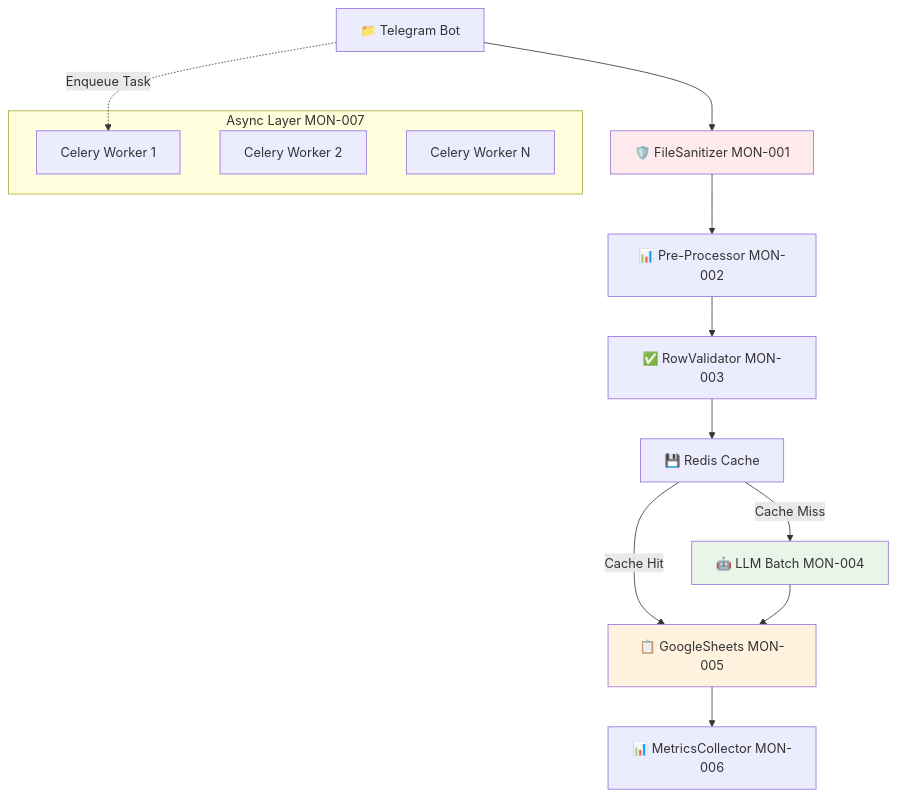
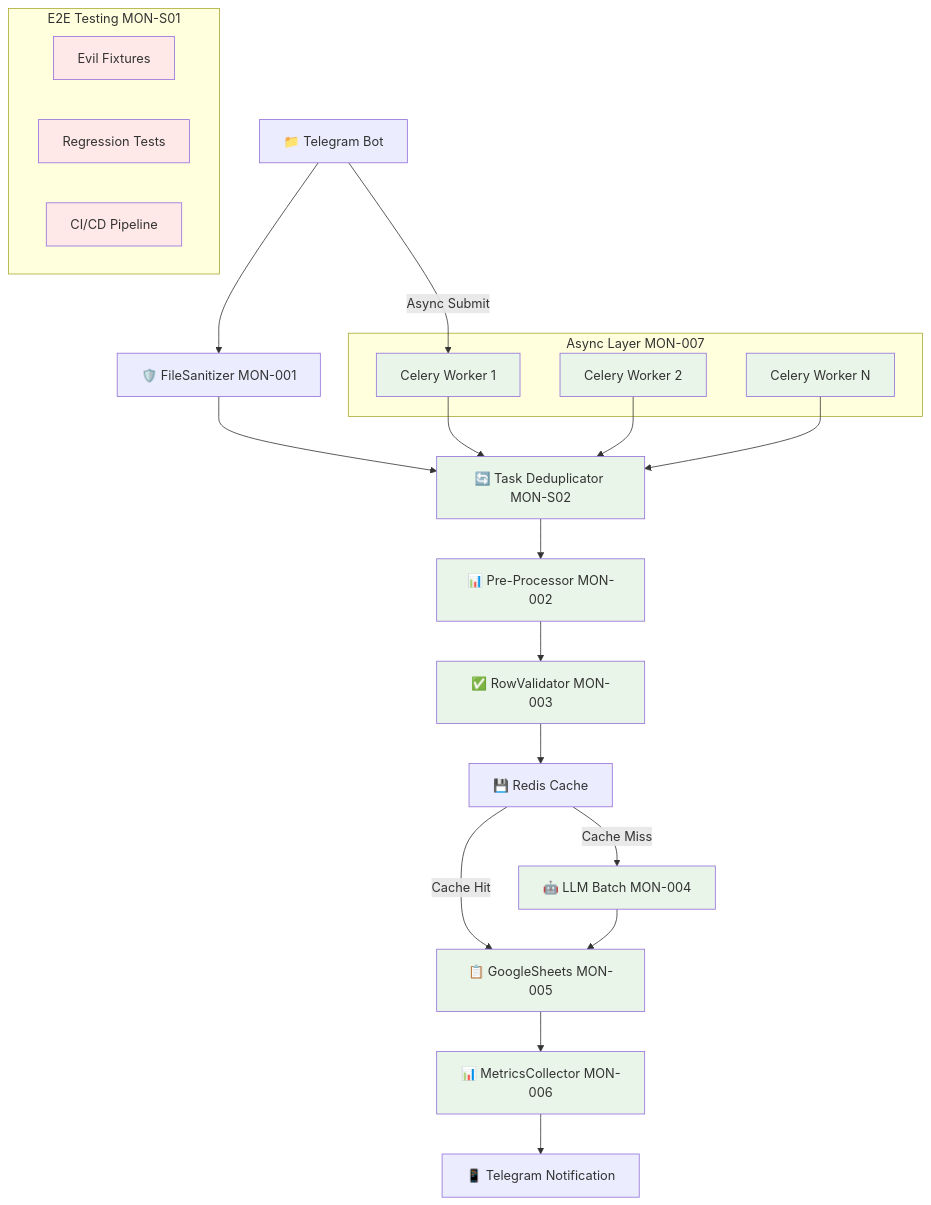
The diagram in MONITO_REFACTOR_PLAN.md (Enthusiasm-c/Monito), drawn with Mermaid before and after one commit. The commit also changed other lines of this file and 67 other files, not shown here.

````diff
--- a/MONITO_REFACTOR_PLAN.md
+++ b/MONITO_REFACTOR_PLAN.md
@@ -63,25 +94,45 @@
 ```mermaid
 graph TD
     A[📁 Telegram Bot] --> B[🛡️ FileSanitizer MON-001]
-    B --> C[📊 Pre-Processor MON-002]
-    C --> D[✅ RowValidator MON-003]
+    B --> C[🔄 Task Deduplicator MON-S02]
+    C --> D[📊 Pre-Processor MON-002] 
+    D --> E[✅ RowValidator MON-003]
     
-    D --> E[💾 Redis Cache]
-    E -->|Cache Miss| F[🤖 LLM Batch MON-004] 
-    E -->|Cache Hit| G[📋 GoogleSheets MON-005]
-    F --> G
+    E --> F[💾 Redis Cache]
+    F -->|Cache Miss| G[🤖 LLM Batch MON-004] 
+    F -->|Cache Hit| H[📋 GoogleSheets MON-005]
+    G --> H
     
-    G --> H[📊 MetricsCollector MON-006]
+    H --> I[📊 MetricsCollector MON-006]
+    I --> J[📱 Telegram Notification]
     
     subgraph "Async Layer MON-007"
-        I[Celery Worker 1]
-        J[Celery Worker 2] 
-        K[Celery Worker N]
+        K[Celery Worker 1]
+        L[Celery Worker 2] 
+        M[Celery Worker N]
     end
     
-    A -.->|Enqueue Task| I
+    A -->|Async Submit| K
+    K --> C
+    L --> C
+    M --> C
     
-    style B fill:#ffebee
-    style F fill:#e8f5e8
-    style G fill:#fff3e0
+    subgraph "E2E Testing MON-S01"
+        N[Evil Fixtures]
+        O[Regression Tests]
+        P[CI/CD Pipeline]
+    end
+    
+    style C fill:#e8f5e8
+    style D fill:#e8f5e8
+    style E fill:#e8f5e8
+    style G fill:#e8f5e8
+    style H fill:#e8f5e8
+    style I fill:#e8f5e8
+    style K fill:#e8f5e8
+    style L fill:#e8f5e8
+    style M fill:#e8f5e8
+    style N fill:#ffe8e8
+    style O fill:#ffe8e8
+    style P fill:#ffe8e8
 ```
````
